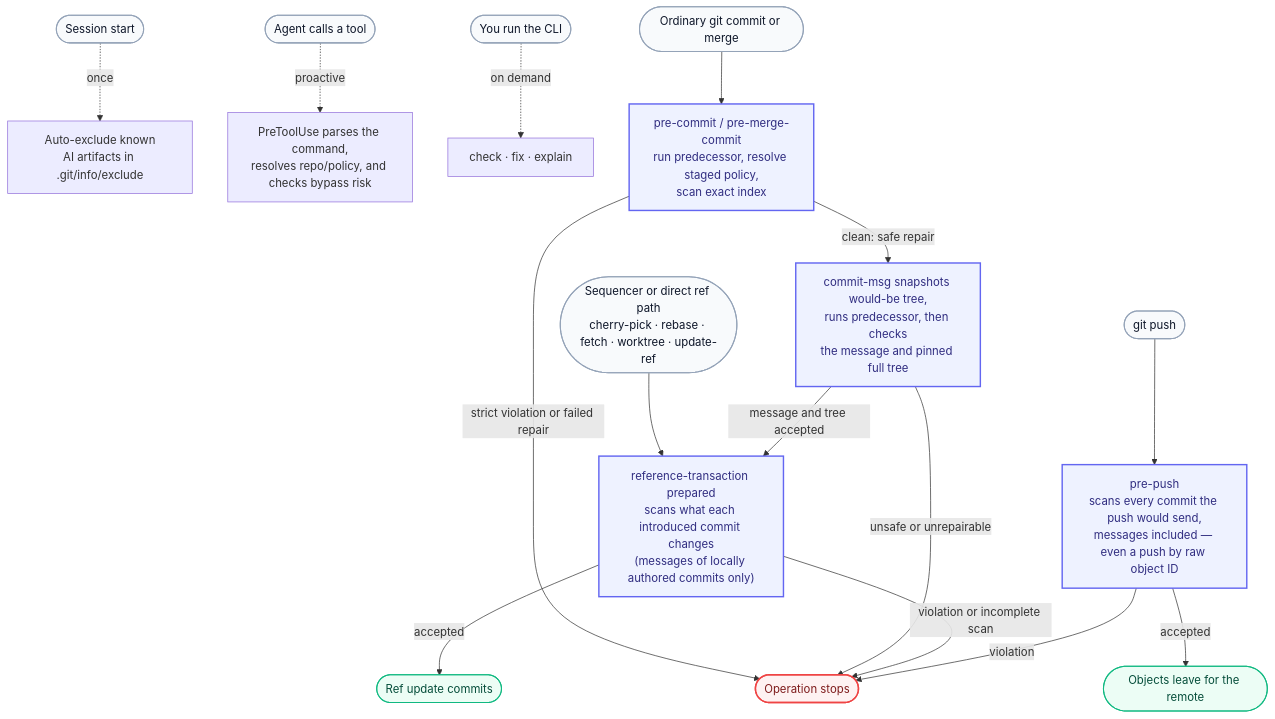
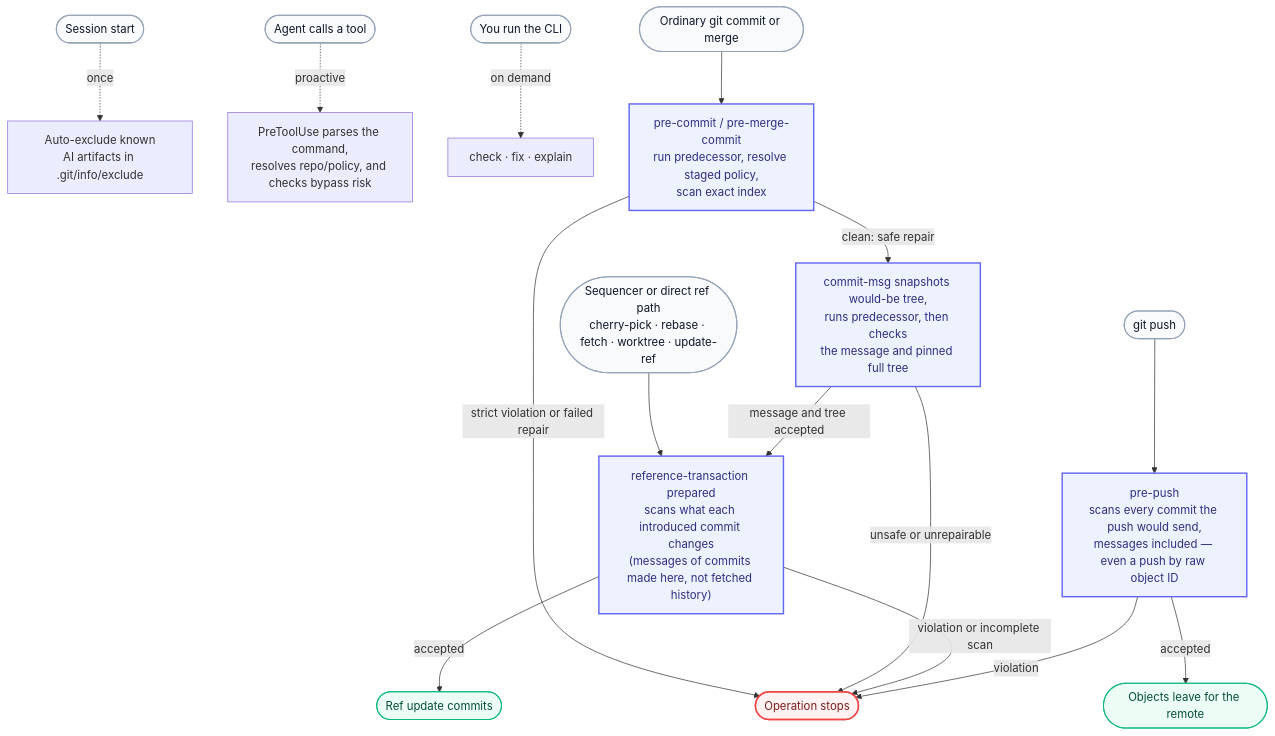
The diagram in README.md (rmyndharis/aimhooman), drawn with Mermaid before and after one commit. The commit also changed 8 other files, not shown here.

First line of the commit message:
fix(guard): read the message of every commit made here (#91)

````diff
--- a/README.md
+++ b/README.md
@@ -49,28 +49,28 @@
 ```mermaid
 flowchart TD
     SESS([Session start]) -. once .-> EXCL["Auto-exclude known<br/>AI artifacts in .git/info/exclude"]
     AGENT([Agent calls a tool]) -. proactive .-> ADV["PreToolUse parses the command,<br/>resolves repo/policy, and checks bypass risk"]
     RUN([You run the CLI]) -. on demand .-> CLI["check · fix · explain"]
 
     COMMIT([Ordinary git commit or merge]) --> PRE["pre-commit / pre-merge-commit<br/>run predecessor, resolve staged policy,<br/>scan exact index"]
     DIRECT([Sequencer or direct ref path<br/>cherry-pick · rebase · fetch · worktree · update-ref]) --> REF
     PRE -->|clean: safe repair| MSG["commit-msg snapshots would-be tree,<br/>runs predecessor, then checks<br/>the message and pinned full tree"]
     PRE -->|strict violation or failed repair| BLOCK([Operation stops])
-    MSG -->|message and tree accepted| REF["reference-transaction prepared<br/>scans what each introduced commit changes<br/>(messages of locally authored commits only)"]
+    MSG -->|message and tree accepted| REF["reference-transaction prepared<br/>scans what each introduced commit changes<br/>(messages of commits made here, not fetched history)"]
     MSG -->|unsafe or unrepairable| BLOCK
     REF -->|accepted| SHIP([Ref update commits])
     REF -->|violation or incomplete scan| BLOCK
     PUSH([git push]) --> PREPUSH["pre-push<br/>scans every commit the push would send,<br/>messages included — even a push by raw object ID"]
     PREPUSH -->|accepted| SENT([Objects leave for the remote])
     PREPUSH -->|violation| BLOCK
 
     classDef entry fill:#f8fafc,stroke:#94a3b8,color:#0f172a,stroke-width:1.5px
     classDef hook fill:#eef2ff,stroke:#6366f1,color:#312e81,stroke-width:2px
     classDef ok fill:#ecfdf5,stroke:#10b981,color:#064e3b,stroke-width:1.5px
     classDef stop fill:#fef2f2,stroke:#ef4444,color:#7f1d1d,stroke-width:2px
 
     class SESS,AGENT,RUN,COMMIT,DIRECT,PUSH entry
     class PRE,MSG,REF,PREPUSH hook
     class SHIP,SENT ok
     class BLOCK stop
 ```
````
